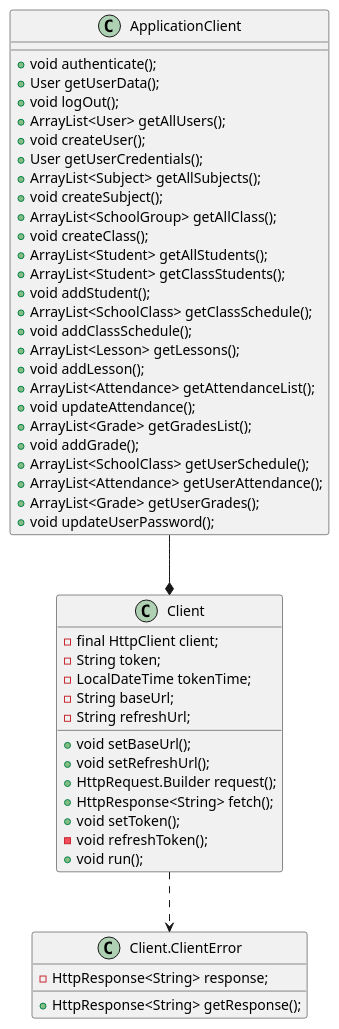
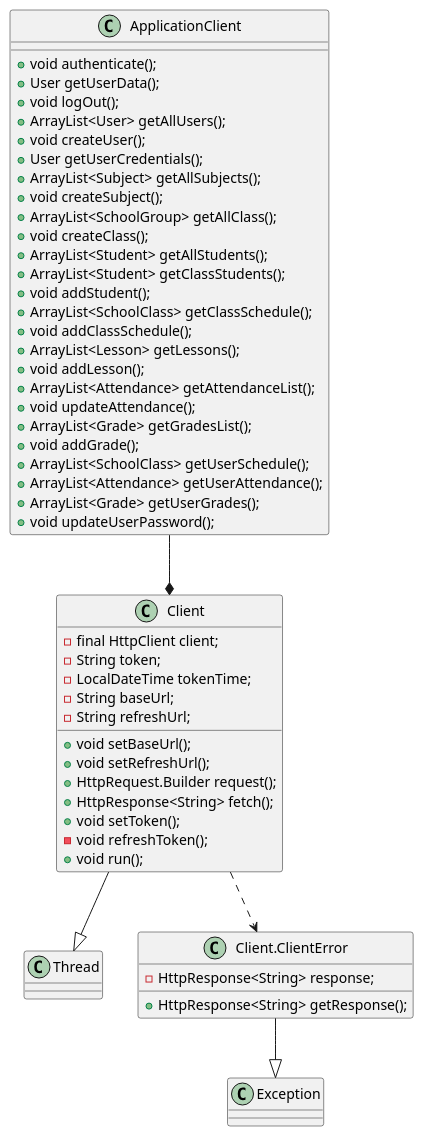
One commit to Mac14101/po2025 changed the diagram in docs/client.md. Above: the diagram before and after it, drawn with PlantUML. The commit also changed 1 other file, not shown here.

Commit message:
docs: Poprawa diagramów UML w modułach

````diff
--- a/docs/client.md
+++ b/docs/client.md
@@ -5,51 +5,57 @@
 ```plantuml
 @startuml
+class Exception{
+}
+class Thread{
+}
 class Client{
     - final HttpClient client;
     - String token;
     - LocalDateTime tokenTime;
     - String baseUrl;
     - String refreshUrl;
 	+ void setBaseUrl();
 	+ void setRefreshUrl();
 	+ HttpRequest.Builder request();
 	+ HttpResponse<String> fetch();
 	+ void setToken();
 	- void refreshToken();
 	+ void run();
 }
 class ClientError as "Client.ClientError"{
     - HttpResponse<String> response;
 	+ HttpResponse<String> getResponse();
 }
 class ApplicationClient{
     + void authenticate();
     + User getUserData();
     + void logOut();
     + ArrayList<User> getAllUsers();
     + void createUser();
     + User getUserCredentials();
     + ArrayList<Subject> getAllSubjects();
     + void createSubject();
     + ArrayList<SchoolGroup> getAllClass();
     + void createClass();
     + ArrayList<Student> getAllStudents();
     + ArrayList<Student> getClassStudents();
     + void addStudent();
     + ArrayList<SchoolClass> getClassSchedule();
     + void addClassSchedule();
     + ArrayList<Lesson> getLessons();
     + void addLesson();
     + ArrayList<Attendance> getAttendanceList();
     + void updateAttendance();
     + ArrayList<Grade> getGradesList();
     + void addGrade();
     + ArrayList<SchoolClass> getUserSchedule();
     + ArrayList<Attendance> getUserAttendance();
     + ArrayList<Grade> getUserGrades();
     + void updateUserPassword();
 }
+ClientError--|>Exception
+Client--|>Thread
 ApplicationClient--*Client
 Client..>ClientError
 @enduml
 ```
````
